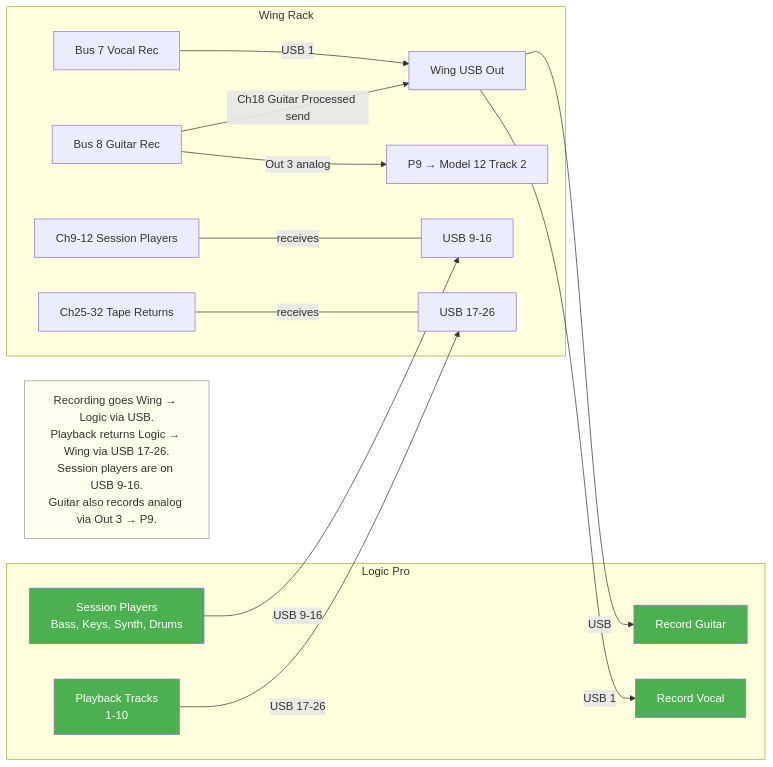
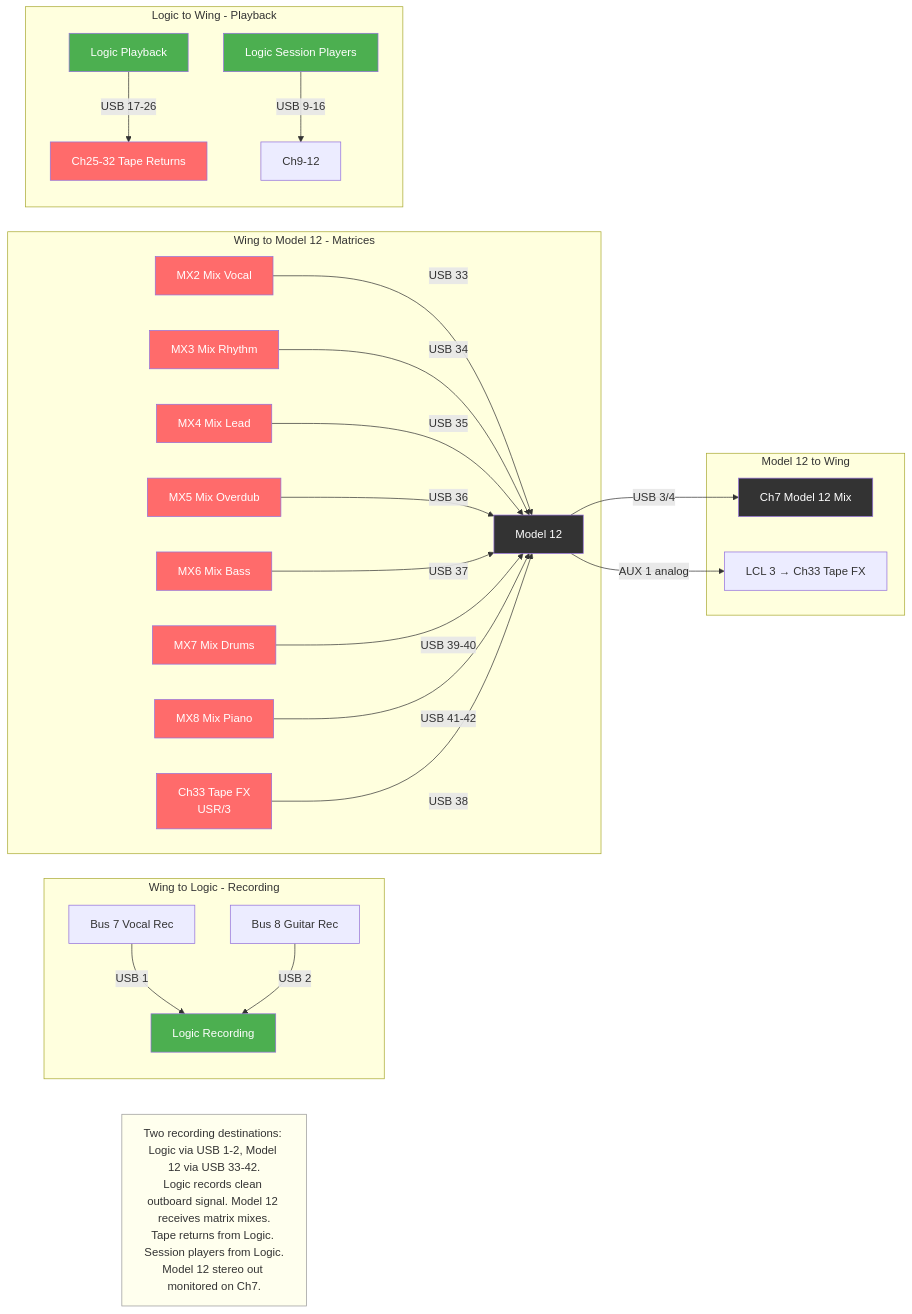
The tenth of 21 diagrams in docs/diagrams.md (ldenman/studio-setup), drawn with Mermaid before and after one commit. The commit also changed other lines of this file and 1 other file, not shown here.

First line of the commit message:
Update all diagrams for mix matrices and tape aux loop

````diff
--- a/docs/diagrams.md
+++ b/docs/diagrams.md
@@ -321,30 +451,46 @@
 ```mermaid
 graph LR
-    subgraph Wing Rack
-        BUS7[Bus 7 Vocal Rec] -->|USB 1| USB_OUT[Wing USB Out]
-        BUS8[Bus 8 Guitar Rec] -->|Out 3 analog| P9[P9 → Model 12 Track 2]
-        BUS8 -->|Ch18 Guitar Processed send| USB_OUT
-        CH9[Ch9-12 Session Players] ---|receives| USB_IN_SP[USB 9-16]
-        CH25[Ch25-32 Tape Returns] ---|receives| USB_IN_TR[USB 17-26]
+    subgraph Wing to Logic - Recording
+        BUS7[Bus 7 Vocal Rec] -->|USB 1| LOGIC_REC[Logic Recording]
+        BUS8[Bus 8 Guitar Rec] -->|USB 2| LOGIC_REC
     end
 
-    subgraph Logic Pro
-        REC_V[Record Vocal]
-        REC_G[Record Guitar]
-        SESSION[Session Players<br/>Bass, Keys, Synth, Drums]
-        PLAYBACK[Playback Tracks<br/>1-10]
+    subgraph Wing to Model 12 - Matrices
+        MX2[MX2 Mix Vocal] -->|USB 33| M12[Model 12]
+        MX3[MX3 Mix Rhythm] -->|USB 34| M12
+        MX4[MX4 Mix Lead] -->|USB 35| M12
+        MX5[MX5 Mix Overdub] -->|USB 36| M12
+        MX6[MX6 Mix Bass] -->|USB 37| M12
+        MX7[MX7 Mix Drums] -->|USB 39-40| M12
+        MX8[MX8 Mix Piano] -->|USB 41-42| M12
+        TAPE_RET[Ch33 Tape FX<br/>USR/3] -->|USB 38| M12
     end
 
-    USB_OUT -->|USB 1| REC_V
-    USB_OUT -->|USB| REC_G
-    SESSION -->|USB 9-16| USB_IN_SP
-    PLAYBACK -->|USB 17-26| USB_IN_TR
+    subgraph Logic to Wing - Playback
+        LOGIC_PLAY[Logic Playback] -->|USB 17-26| CH25[Ch25-32 Tape Returns]
+        LOGIC_SP[Logic Session Players] -->|USB 9-16| CH9[Ch9-12]
+    end
 
-    NOTE[Recording goes Wing → Logic via USB.<br/>Playback returns Logic → Wing via USB 17-26.<br/>Session players are on USB 9-16.<br/>Guitar also records analog via Out 3 → P9.]
+    subgraph Model 12 to Wing
+        M12 -->|USB 3/4| CH7[Ch7 Model 12 Mix]
+        M12 -->|AUX 1 analog| LCL3[LCL 3 → Ch33 Tape FX]
+    end
 
-    style REC_V fill:#4CAF50,color:#fff
-    style REC_G fill:#4CAF50,color:#fff
-    style SESSION fill:#4CAF50,color:#fff
-    style PLAYBACK fill:#4CAF50,color:#fff
+    NOTE[Two recording destinations: Logic via USB 1-2, Model 12 via USB 33-42.<br/>Logic records clean outboard signal. Model 12 receives matrix mixes.<br/>Tape returns from Logic. Session players from Logic.<br/>Model 12 stereo out monitored on Ch7.]
+
+    style LOGIC_REC fill:#4CAF50,color:#fff
+    style LOGIC_PLAY fill:#4CAF50,color:#fff
+    style LOGIC_SP fill:#4CAF50,color:#fff
+    style M12 fill:#333,color:#fff
+    style CH7 fill:#333,color:#fff
+    style MX2 fill:#FF6B6B,color:#fff
+    style MX3 fill:#FF6B6B,color:#fff
+    style MX4 fill:#FF6B6B,color:#fff
+    style MX5 fill:#FF6B6B,color:#fff
+    style MX6 fill:#FF6B6B,color:#fff
+    style MX7 fill:#FF6B6B,color:#fff
+    style MX8 fill:#FF6B6B,color:#fff
+    style TAPE_RET fill:#FF6B6B,color:#fff
+    style CH25 fill:#FF6B6B,color:#fff
     style NOTE fill:#ffe,stroke:#999
 ```
````
